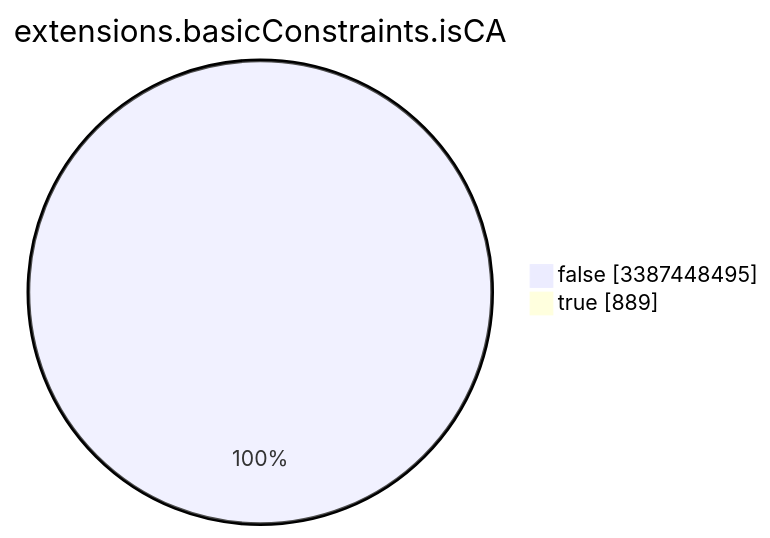
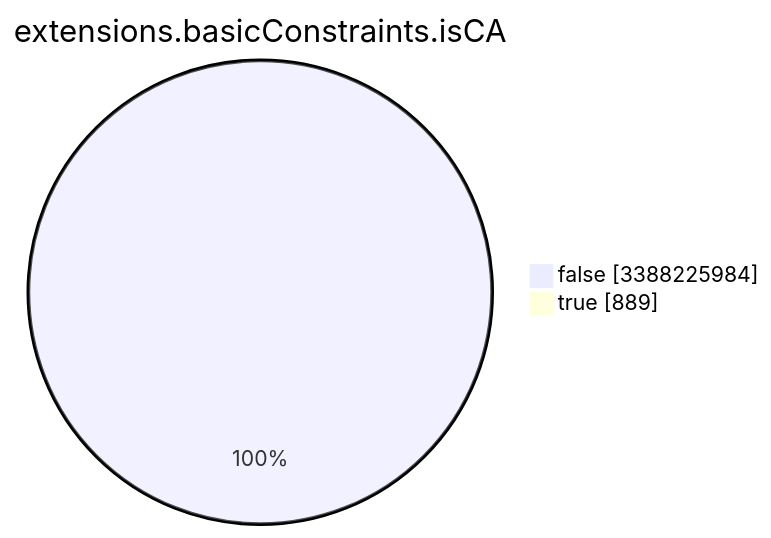
One commit to christiankrug/ctmonitor_visualization changed the seventh of 15 diagrams in TOTAL/README.md. Above: the diagram before and after it, drawn with Mermaid. The commit also changed other lines of this file, not shown here.

````diff
--- a/TOTAL/README.md
+++ b/TOTAL/README.md
@@ -3090,6 +3090,6 @@
 ```mermaid
 pie showData
 title extensions.basicConstraints.isCA
-"false" :3387448495
+"false" :3388225984
 "true" :889
 ```
````
